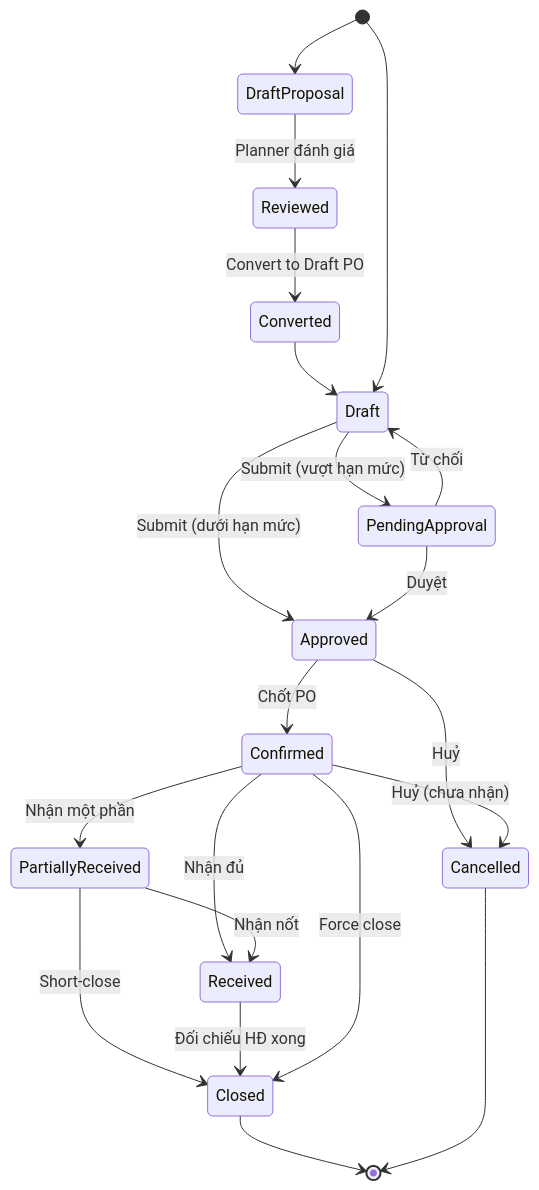
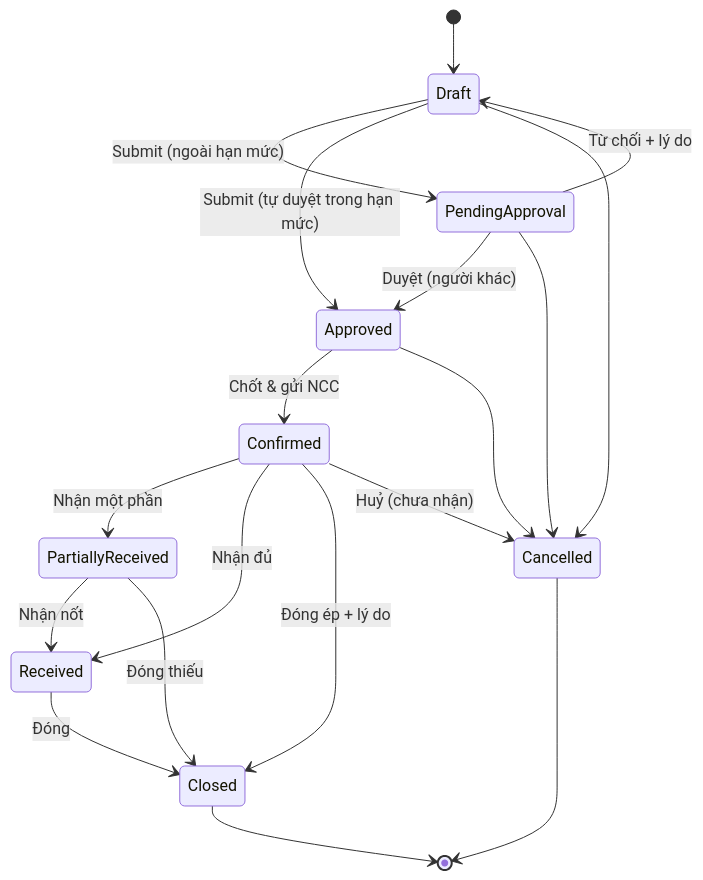
Before and after one commit to KLTN-FA26/docs: the diagram in docs/warehouse/02-purchase-order/README.md, drawn with Mermaid. The commit also changed other lines of this file and 7 other files, not shown here.

````diff
--- a/docs/warehouse/02-purchase-order/README.md
+++ b/docs/warehouse/02-purchase-order/README.md
@@ -86,23 +176,21 @@
 ```mermaid
 stateDiagram-v2
-    [*] --> DraftProposal
-    DraftProposal --> Reviewed: Planner đánh giá
-    Reviewed --> Converted: Convert to Draft PO
-    Converted --> Draft
     [*] --> Draft
-    Draft --> PendingApproval: Submit (vượt hạn mức)
-    Draft --> Approved: Submit (dưới hạn mức)
-    PendingApproval --> Approved: Duyệt
-    PendingApproval --> Draft: Từ chối
-    Approved --> Confirmed: Chốt PO
-    Approved --> Cancelled: Huỷ
+    Draft --> PendingApproval: Submit (ngoài hạn mức)
+    Draft --> Approved: Submit (tự duyệt trong hạn mức)
+    PendingApproval --> Approved: Duyệt (người khác)
+    PendingApproval --> Draft: Từ chối + lý do
+    Approved --> Confirmed: Chốt & gửi NCC
     Confirmed --> PartiallyReceived: Nhận một phần
     Confirmed --> Received: Nhận đủ
+    PartiallyReceived --> Received: Nhận nốt
+    PartiallyReceived --> Closed: Đóng thiếu
+    Received --> Closed: Đóng
+    Confirmed --> Closed: Đóng ép + lý do
+    Draft --> Cancelled
+    PendingApproval --> Cancelled
+    Approved --> Cancelled
     Confirmed --> Cancelled: Huỷ (chưa nhận)
-    PartiallyReceived --> Received: Nhận nốt
-    PartiallyReceived --> Closed: Short-close
-    Received --> Closed: Đối chiếu HĐ xong
-    Confirmed --> Closed: Force close
     Closed --> [*]
     Cancelled --> [*]
 ```
````
